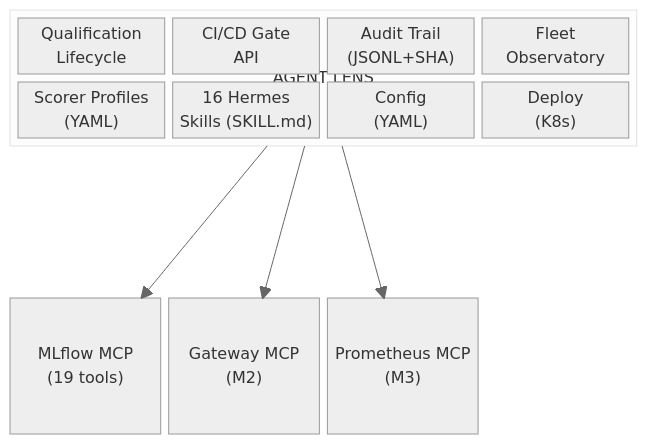
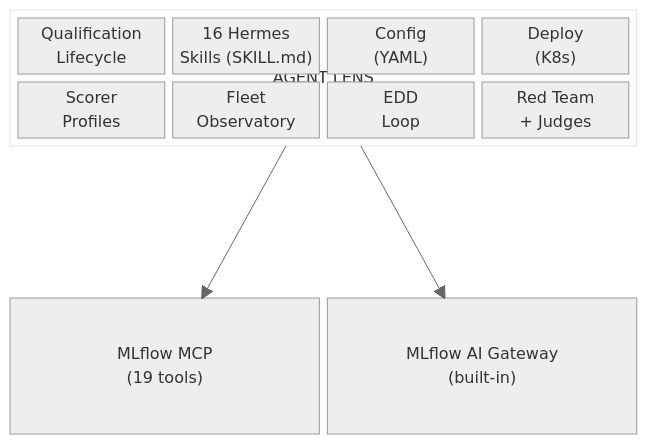
Before and after one commit to rrbanda/agent-lens: the second of 2 diagrams in README.md, drawn with Mermaid (neutral theme). The commit also changed other lines of this file and 11 other files, not shown here.

First line of the commit message:
refactor: drop custom Gateway, leverage MLflow AI Gateway instead

````diff
--- a/README.md
+++ b/README.md
@@ -252,15 +255,14 @@
 ```mermaid
 block-beta
     columns 4
     block:agentlens["AGENT LENS"]:4
         columns 4
-        QL["Qualification\nLifecycle"] CICD["CI/CD Gate\nAPI"] AT["Audit Trail\n(JSONL+SHA)"] FO["Fleet\nObservatory"]
-        SP["Scorer Profiles\n(YAML)"] SK["16 Hermes\nSkills (SKILL.md)"] CF["Config\n(YAML)"] DP["Deploy\n(K8s)"]
+        QL["Qualification\nLifecycle"] SK["16 Hermes\nSkills (SKILL.md)"] CF["Config\n(YAML)"] DP["Deploy\n(K8s)"]
+        SP["Scorer\nProfiles"] FO["Fleet\nObservatory"] EDD["EDD\nLoop"] RT["Red Team\n+ Judges"]
     end
     space:4
-    MLflow["MLflow MCP\n(19 tools)"] GW["Gateway MCP\n(M2)"] Prom["Prometheus MCP\n(M3)"] space
+    MLflow["MLflow MCP\n(19 tools)"]:2 GW["MLflow AI Gateway\n(built-in)"]:2
 
     agentlens --> MLflow
     agentlens --> GW
-    agentlens --> Prom
 ```
````
